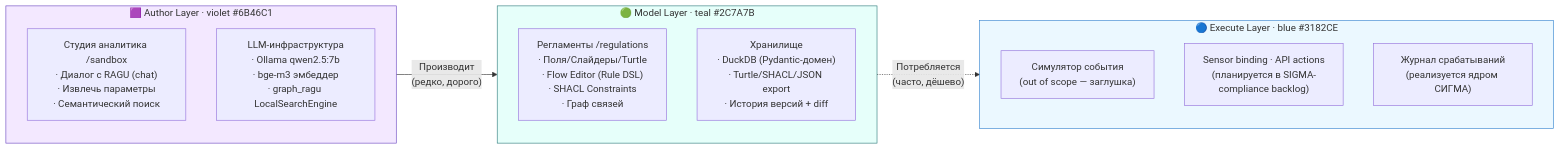
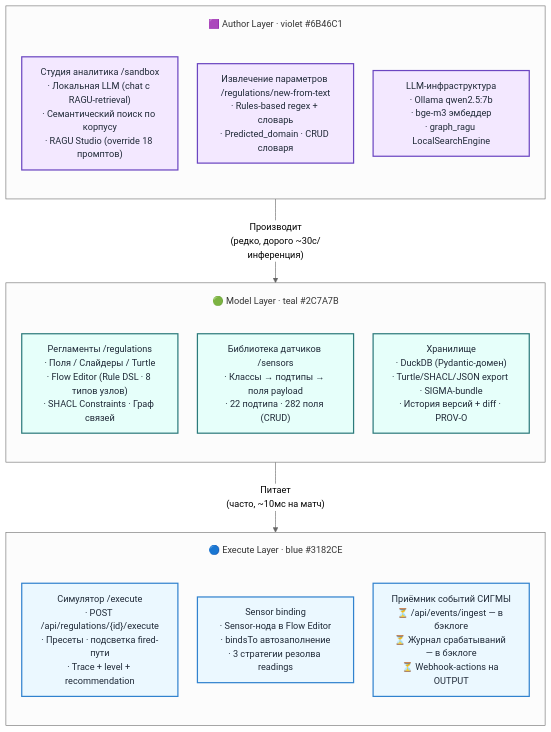
One commit to Barbashin1970/RAGRAF changed the fourth of 16 diagrams in ARC.md. Above: the diagram before and after it, drawn with Mermaid. The commit also changed other lines of this file and 1 other file, not shown here.

Commit message:
фикс схем

````diff
--- a/ARC.md
+++ b/ARC.md
@@ -216,25 +216,34 @@
 ```mermaid
-flowchart LR
+%%{init: {'theme':'neutral', 'themeVariables': {'fontSize': '15px'}, 'flowchart':{'nodeSpacing': 32, 'rankSpacing': 70, 'padding': 14, 'subGraphTitleMargin': {'top': 18, 'bottom': 18}}}}%%
+flowchart TD
   subgraph AUTHOR["🟪 Author Layer · violet #6B46C1"]
-    A1["Студия аналитика /sandbox<br>· Диалог с RAGU (chat)<br>· Извлечь параметры<br>· Семантический поиск"]
-    A2["LLM-инфраструктура<br>· Ollama qwen2.5:7b<br>· bge-m3 эмбеддер<br>· graph_ragu LocalSearchEngine"]
+    direction TB
+    A1["Студия аналитика /sandbox<br>· Локальная LLM (chat с RAGU-retrieval)<br>· Семантический поиск по корпусу<br>· RAGU Studio (override 18 промптов)"]
+    A2["Извлечение параметров /regulations/new-from-text<br>· Rules-based regex + словарь<br>· Predicted_domain · CRUD словаря"]
+    A3["LLM-инфраструктура<br>· Ollama qwen2.5:7b<br>· bge-m3 эмбеддер<br>· graph_ragu LocalSearchEngine"]
   end
 
   subgraph MODEL["🟢 Model Layer · teal #2C7A7B"]
-    M1["Регламенты /regulations<br>· Поля/Слайдеры/Turtle<br>· Flow Editor (Rule DSL)<br>· SHACL Constraints<br>· Граф связей"]
-    M2["Хранилище<br>· DuckDB (Pydantic-домен)<br>· Turtle/SHACL/JSON export<br>· История версий + diff"]
+    direction TB
+    M1["Регламенты /regulations<br>· Поля / Слайдеры / Turtle<br>· Flow Editor (Rule DSL · 8 типов узлов)<br>· SHACL Constraints · Граф связей"]
+    M2["Библиотека датчиков /sensors<br>· Классы → подтипы → поля payload<br>· 22 подтипа · 282 поля (CRUD)"]
+    M3["Хранилище<br>· DuckDB (Pydantic-домен)<br>· Turtle/SHACL/JSON export · SIGMA-bundle<br>· История версий + diff · PROV-O"]
   end
 
   subgraph EXECUTE["🔵 Execute Layer · blue #3182CE"]
-    E1["Симулятор события<br>(out of scope — заглушка)"]
-    E2["Sensor binding · API actions<br>(планируется в SIGMA-compliance backlog)"]
-    E3["Журнал срабатываний<br>(реализуется ядром СИГМА)"]
+    direction TB
+    E1["Симулятор /execute<br>· POST /api/regulations/{id}/execute<br>· Пресеты · подсветка fired-пути<br>· Trace + level + recommendation"]
+    E2["Sensor binding<br>· Sensor-нода в Flow Editor<br>· bindsTo автозаполнение<br>· 3 стратегии резолва readings"]
+    E3["Приёмник событий СИГМЫ<br>⏳ /api/events/ingest — в бэклоге<br>⏳ Журнал срабатываний — в бэклоге<br>⏳ Webhook-actions на OUTPUT"]
   end
 
-  AUTHOR -->|"Производит<br>(редко, дорого)"| MODEL
-  MODEL -.->|"Потребляется<br>(часто, дёшево)"| EXECUTE
+  AUTHOR -->|"Производит<br>(редко, дорого ~30с/инференция)"| MODEL
+  MODEL -->|"Питает<br>(часто, ~10мс на матч)"| EXECUTE
 
-  style AUTHOR fill:#F3E8FF,stroke:#6B46C1
-  style MODEL fill:#E6FFFA,stroke:#2C7A7B
-  style EXECUTE fill:#EBF8FF,stroke:#3182CE
+  classDef author fill:#F3E8FF,stroke:#6B46C1,stroke-width:2px,color:#1f2937
+  classDef model fill:#E6FFFA,stroke:#2C7A7B,stroke-width:2px,color:#1f2937
+  classDef execute fill:#EBF8FF,stroke:#3182CE,stroke-width:2px,color:#1f2937
+  class A1,A2,A3 author
+  class M1,M2,M3 model
+  class E1,E2,E3 execute
 ```
````
